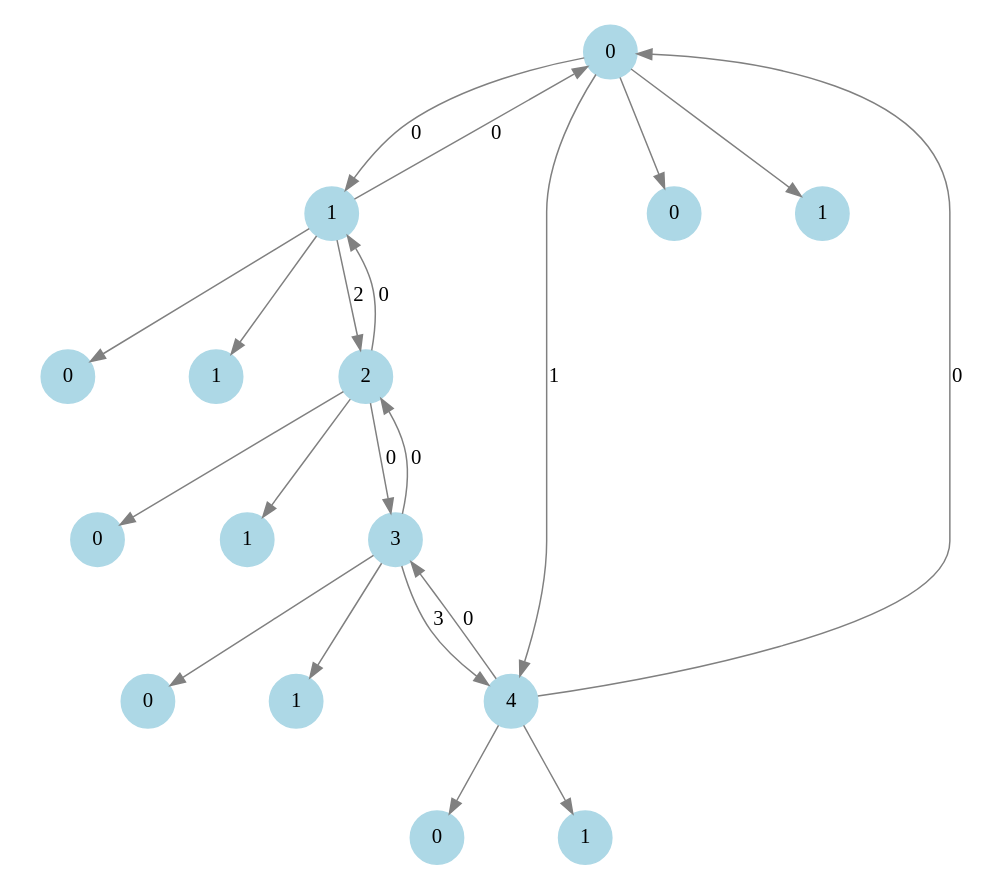
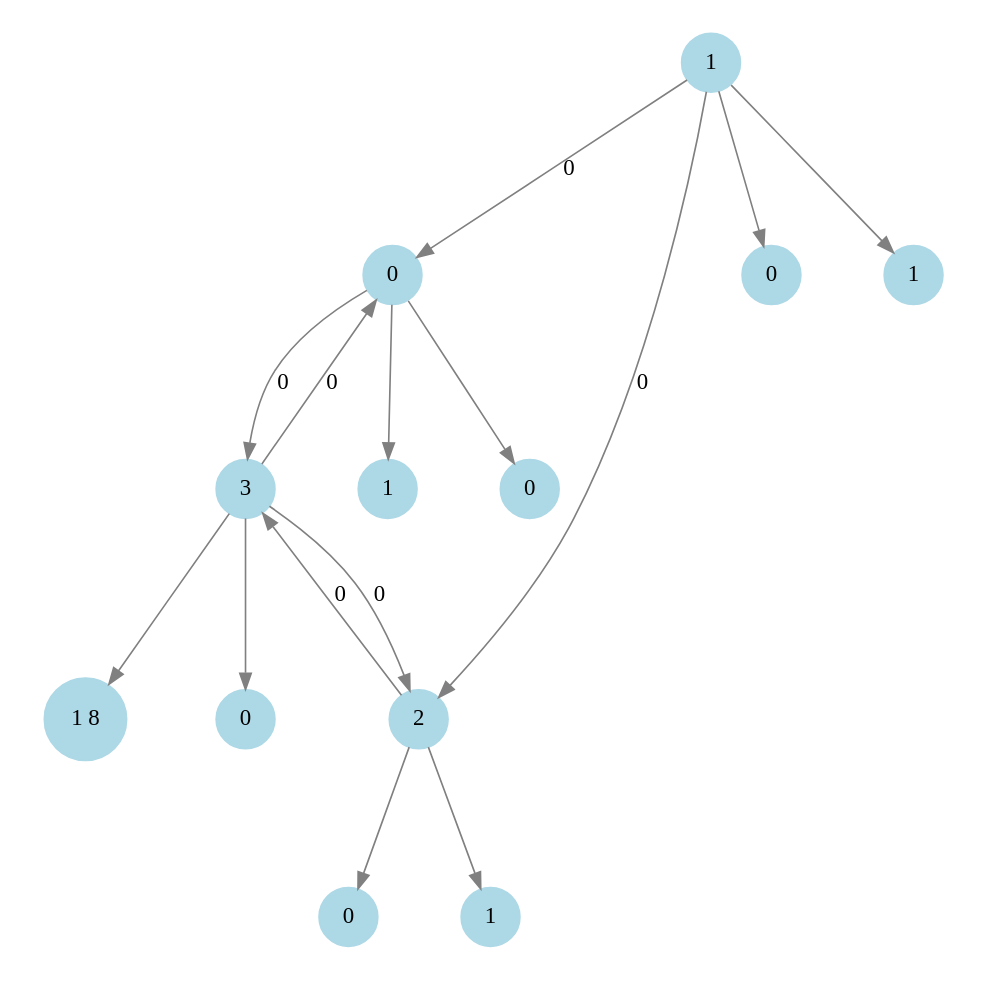
One commit to Fede108/Algoritmos-y-estructura-de-Datos changed the diagram in Trabajo_Final/src/grafo.dot. Above: the diagram before and after it, drawn with Graphviz. The commit also changed 10 other files, not shown here.

```diff
--- a/Trabajo_Final/src/grafo.dot
+++ b/Trabajo_Final/src/grafo.dot
@@ -1,36 +1,28 @@
 digraph G {
     node [shape=circle, style=filled, color=lightblue];
     edge [color=gray, penwidth=1];
     size="8,8";
     ratio="fill";
-    0 -> 1 [label="0"];
-    0 -> 4 [label="1"];
+    0 -> 3 [label="0"];
     0 -> 00;
     00 [label="0"];
     0 -> 10;
     10 [label="1"];
     1 -> 0 [label="0"];
-    1 -> 2 [label="2"];
+    1 -> 2 [label="0"];
     1 -> 01;
     01 [label="0"];
     1 -> 11;
     11 [label="1"];
-    2 -> 1 [label="0"];
     2 -> 3 [label="0"];
     2 -> 02;
     02 [label="0"];
     2 -> 12;
     12 [label="1"];
+    3 -> 0 [label="0"];
     3 -> 2 [label="0"];
-    3 -> 4 [label="3"];
     3 -> 03;
     03 [label="0"];
     3 -> 13;
-    13 [label="1"];
-    4 -> 0 [label="0"];
-    4 -> 3 [label="0"];
-    4 -> 04;
-    04 [label="0"];
-    4 -> 14;
-    14 [label="1"];
+    13 [label="1 8"];
 }
```
